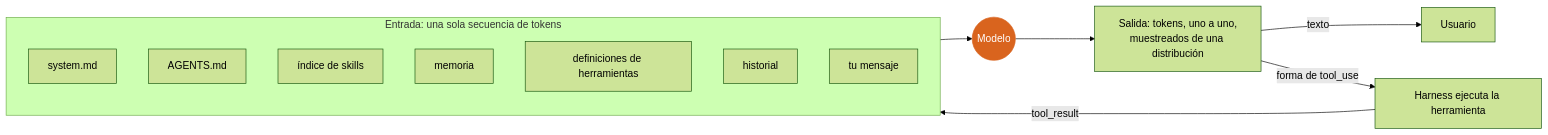
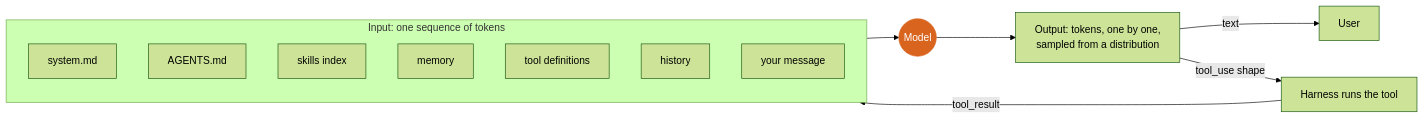
One commit to ada-school/ada-harness changed the first of 15 diagrams in README.md. Above: the diagram before and after it, drawn with Mermaid (forest theme). The commit also changed other lines of this file and 95 other files, not shown here.

````diff
--- a/README.md
+++ b/README.md
@@ -63,19 +79,19 @@
 ```mermaid
 flowchart LR
-    subgraph IN["Entrada: una sola secuencia de tokens"]
+    subgraph IN["Input: one sequence of tokens"]
         direction TB
         S[system.md]
         G[AGENTS.md]
-        K[índice de skills]
-        M[memoria]
-        T[definiciones de herramientas]
-        H[historial]
-        U[tu mensaje]
+        K[skills index]
+        M[memory]
+        T[tool definitions]
+        H[history]
+        U[your message]
     end
-    IN --> MODEL(("Modelo"))
-    MODEL --> OUT["Salida: tokens, uno a uno,<br/>muestreados de una distribución"]
-    OUT -->|texto| USER[Usuario]
-    OUT -->|"forma de tool_use"| HARNESS[Harness ejecuta la herramienta]
+    IN --> MODEL(("Model"))
+    MODEL --> OUT["Output: tokens, one by one,<br/>sampled from a distribution"]
+    OUT -->|text| USER[User]
+    OUT -->|"tool_use shape"| HARNESS[Harness runs the tool]
     HARNESS -->|tool_result| H
     style MODEL fill:#d9641e,color:#fff,stroke:#d9641e
 ```
````
